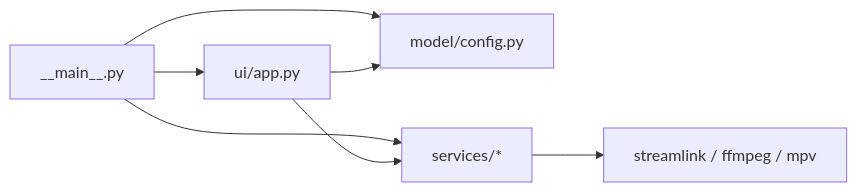
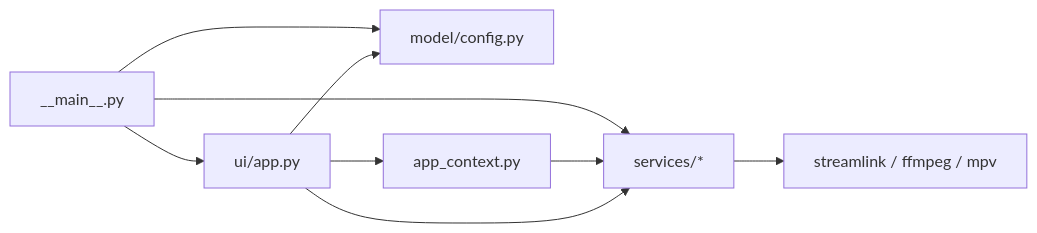
Before and after one commit to tarzasai/clippiti: the diagram in doc/module-reference.md, drawn with Mermaid. The commit also changed other lines of this file and 23 other files, not shown here.

````diff
--- a/doc/module-reference.md
+++ b/doc/module-reference.md
@@ -56,9 +65,11 @@
 ```mermaid
 flowchart LR
     MAIN[__main__.py] --> MODEL[model/config.py]
     MAIN --> UI[ui/app.py]
     MAIN --> SVC[services/*]
+    UI --> CTX[app_context.py]
+    CTX --> SVC
     UI --> SVC
     UI --> MODEL
     SVC --> EXT[streamlink / ffmpeg / mpv]
 ```
````
